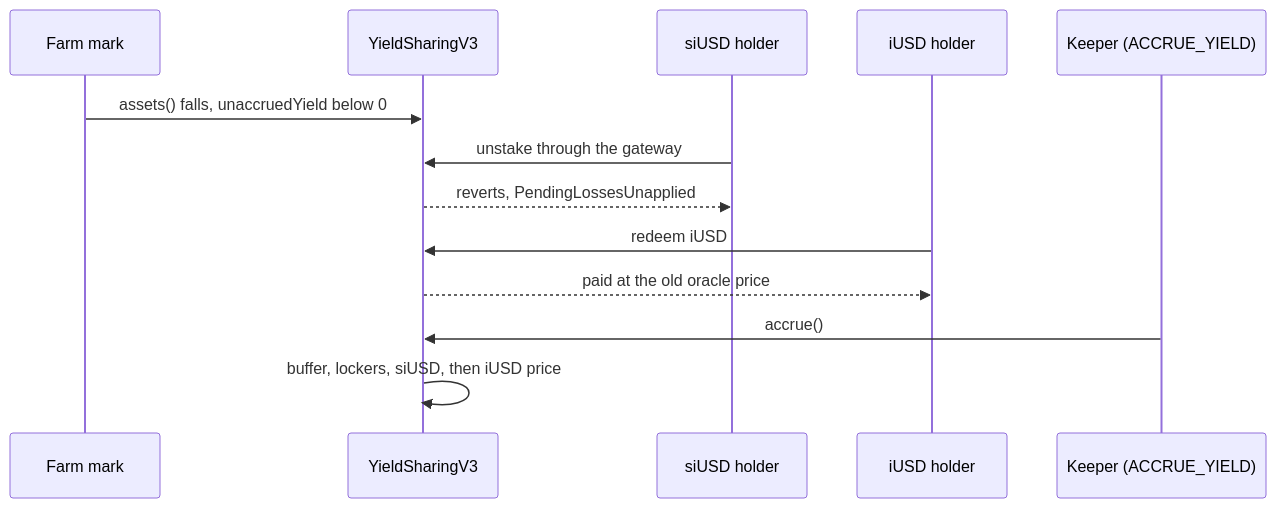
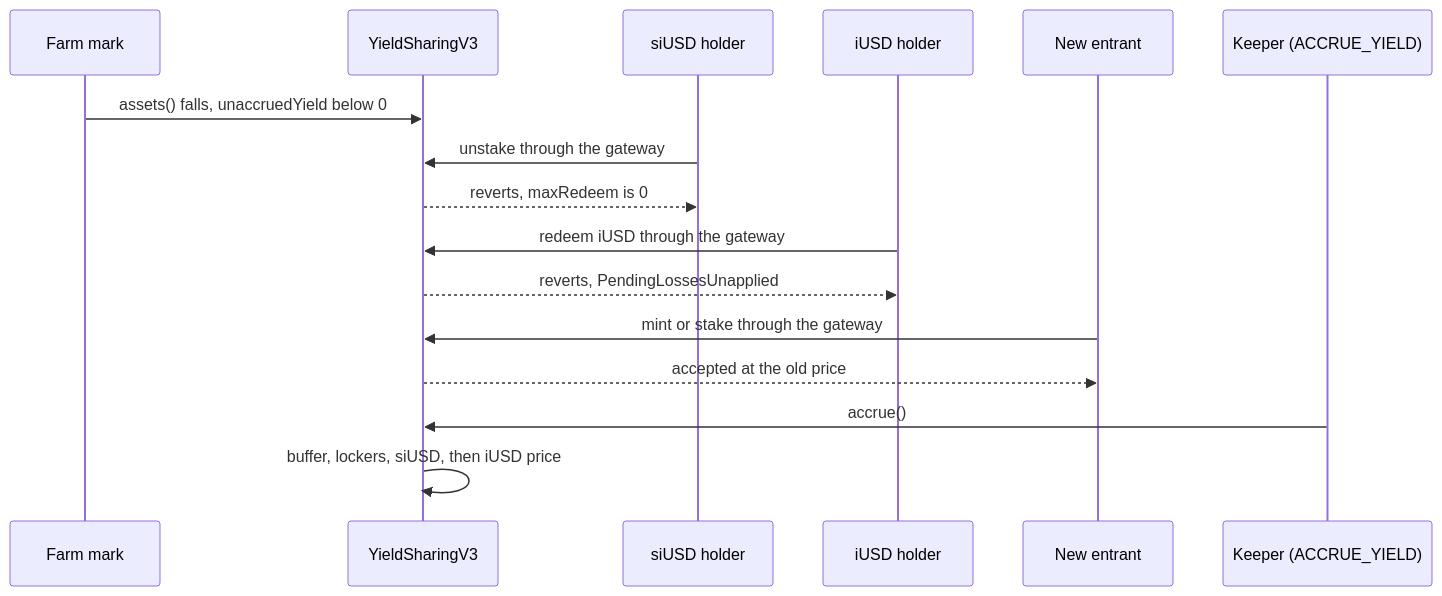
One commit to rya-sge/access-denied changed the third of 4 diagrams in _posts/2026-11-16-tranched-stablecoins-loss-waterfall.md. Above: the diagram before and after it, drawn with Mermaid. The commit also changed other lines of this file and 57 other files, not shown here.

````diff
--- a/_posts/2026-11-16-tranched-stablecoins-loss-waterfall.md
+++ b/_posts/2026-11-16-tranched-stablecoins-loss-waterfall.md
@@ -160,15 +165,18 @@
 ```mermaid
 sequenceDiagram
     participant Farm as Farm mark
     participant YS as YieldSharingV3
     participant SI as siUSD holder
     participant IU as iUSD holder
+    participant N as New entrant
     participant K as Keeper (ACCRUE_YIELD)
     Farm->>YS: assets() falls, unaccruedYield below 0
     SI->>YS: unstake through the gateway
-    YS-->>SI: reverts, PendingLossesUnapplied
-    IU->>YS: redeem iUSD
-    YS-->>IU: paid at the old oracle price
+    YS-->>SI: reverts, maxRedeem is 0
+    IU->>YS: redeem iUSD through the gateway
+    YS-->>IU: reverts, PendingLossesUnapplied
+    N->>YS: mint or stake through the gateway
+    YS-->>N: accepted at the old price
     K->>YS: accrue()
     YS->>YS: buffer, lockers, siUSD, then iUSD price
 ```
````
